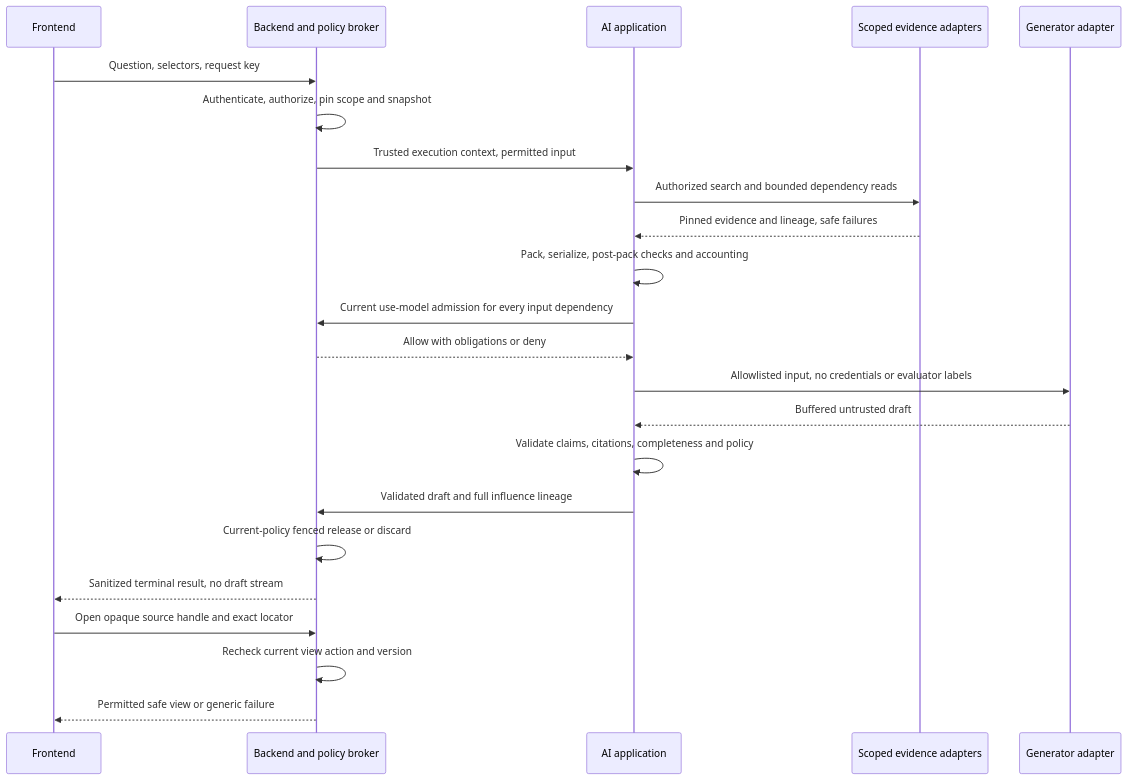
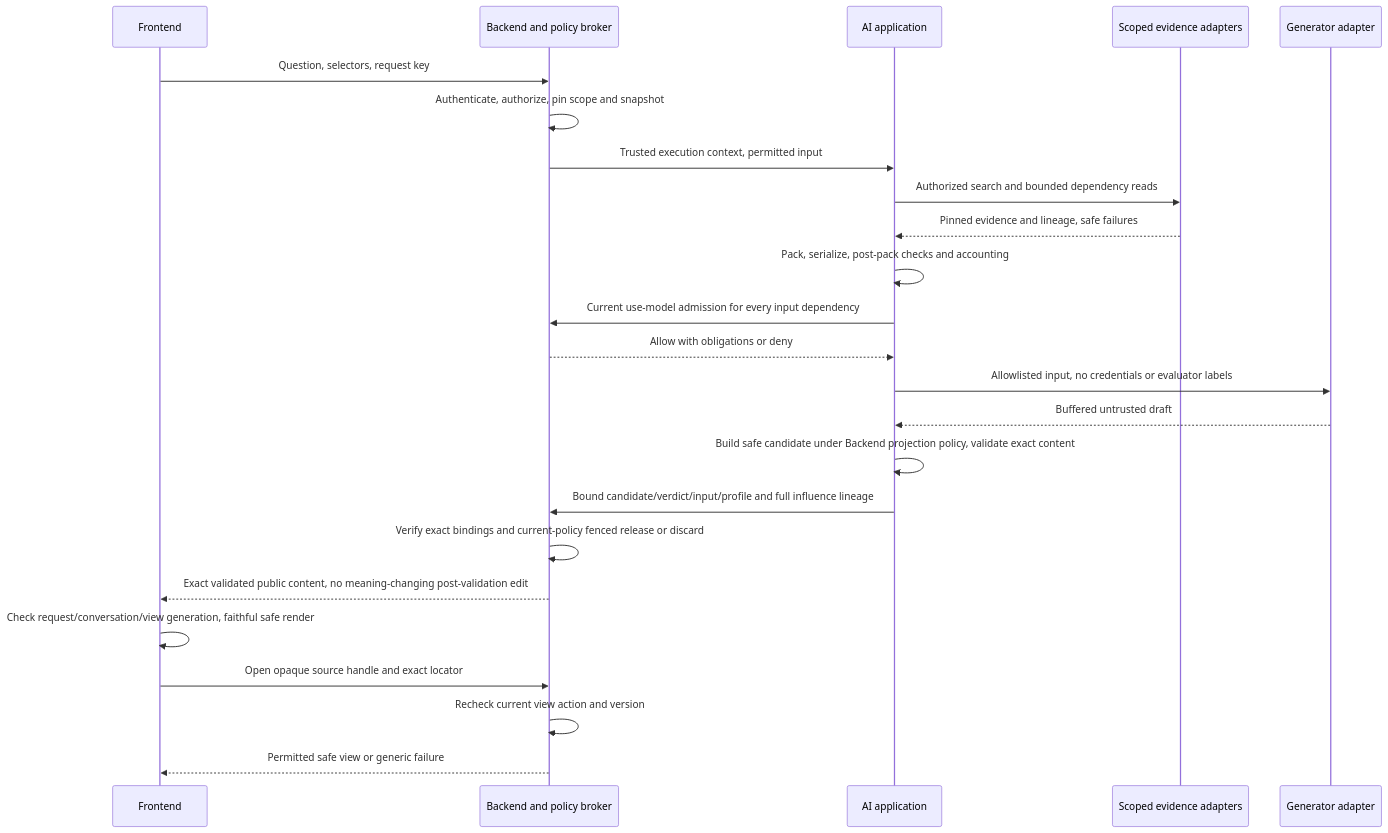
One commit to lovechino/Academic-assistant changed the second of 2 diagrams in docs/architecture/10-ai-core-workflow-review-packet-v0.1.md. Above: the diagram before and after it, drawn with Mermaid. The commit also changed other lines of this file and 72 other files, not shown here.

````diff
--- a/docs/architecture/10-ai-core-workflow-review-packet-v0.1.md
+++ b/docs/architecture/10-ai-core-workflow-review-packet-v0.1.md
@@ -68,25 +68,26 @@
 ```mermaid
 sequenceDiagram
   participant UI as Frontend
   participant BE as Backend and policy broker
   participant AI as AI application
   participant ST as Scoped evidence adapters
   participant GM as Generator adapter
   UI->>BE: Question, selectors, request key
   BE->>BE: Authenticate, authorize, pin scope and snapshot
   BE->>AI: Trusted execution context, permitted input
   AI->>ST: Authorized search and bounded dependency reads
   ST-->>AI: Pinned evidence and lineage, safe failures
   AI->>AI: Pack, serialize, post-pack checks and accounting
   AI->>BE: Current use-model admission for every input dependency
   BE-->>AI: Allow with obligations or deny
   AI->>GM: Allowlisted input, no credentials or evaluator labels
   GM-->>AI: Buffered untrusted draft
-  AI->>AI: Validate claims, citations, completeness and policy
-  AI->>BE: Validated draft and full influence lineage
-  BE->>BE: Current-policy fenced release or discard
-  BE-->>UI: Sanitized terminal result, no draft stream
+  AI->>AI: Build safe candidate under Backend projection policy, validate exact content
+  AI->>BE: Bound candidate/verdict/input/profile and full influence lineage
+  BE->>BE: Verify exact bindings and current-policy fenced release or discard
+  BE-->>UI: Exact validated public content, no meaning-changing post-validation edit
+  UI->>UI: Check request/conversation/view generation, faithful safe render
   UI->>BE: Open opaque source handle and exact locator
   BE->>BE: Recheck current view action and version
   BE-->>UI: Permitted safe view or generic failure
 ```
````
